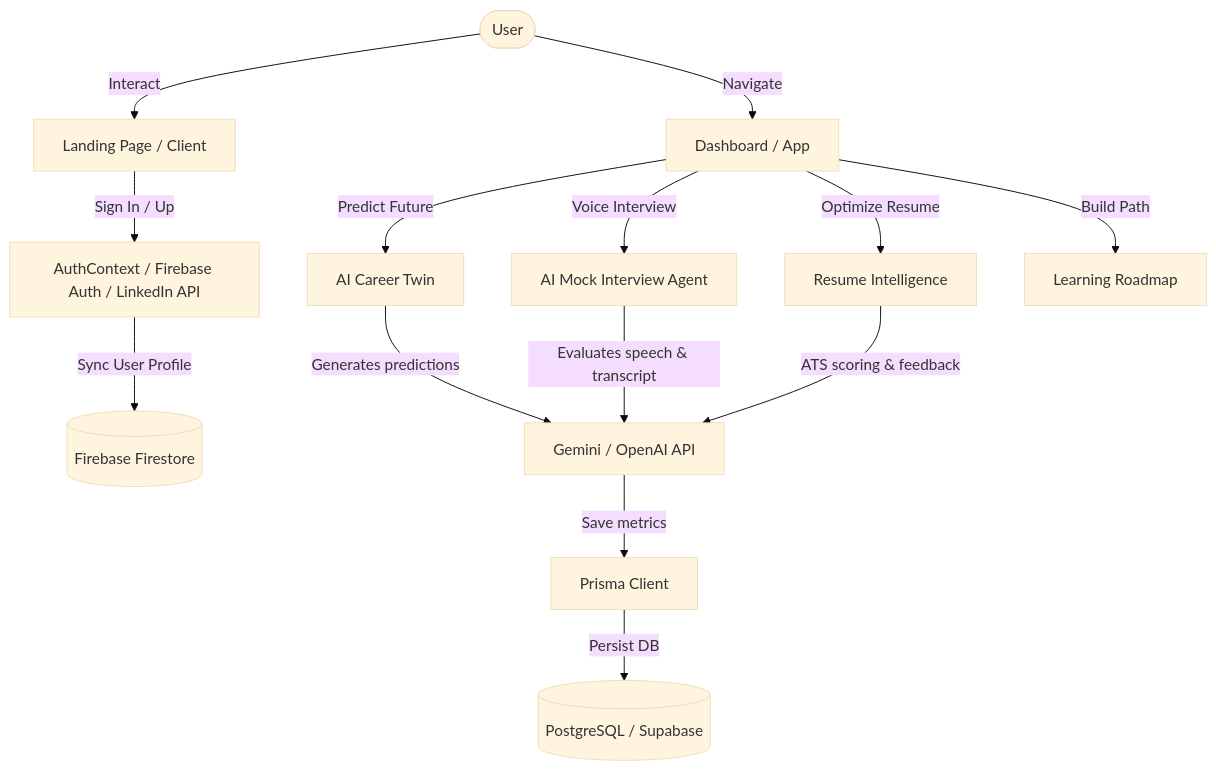
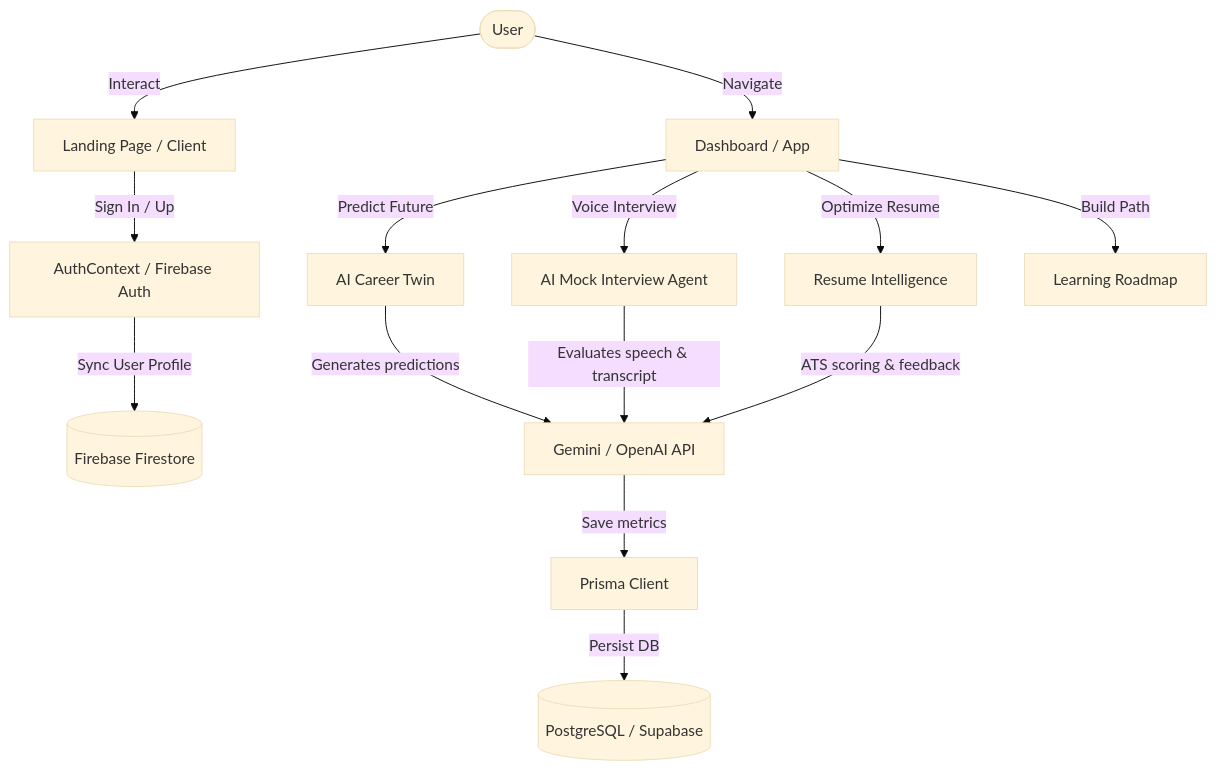
The diagram in README.md (h4rsh740/skillsprint), drawn with Mermaid (base theme) before and after one commit. The commit also changed other lines of this file, not shown here.

Commit message:
docs: update README with empirical benchmark results, transparency disclosures, and consolidated auth architecture

````diff
--- a/README.md
+++ b/README.md
@@ -76,19 +107,19 @@
 ```mermaid
 graph TD
     User([User]) -->|Interact| LandingPage[Landing Page / Client]
-    LandingPage -->|Sign In / Up| AuthContext[AuthContext / Firebase Auth / LinkedIn API]
+    LandingPage -->|Sign In / Up| AuthContext[AuthContext / Firebase Auth]
     AuthContext -->|Sync User Profile| Firestore[(Firebase Firestore)]
     User -->|Navigate| Dashboard[Dashboard / App]
     
     Dashboard -->|Predict Future| CareerTwin[AI Career Twin]
     Dashboard -->|Voice Interview| MockInterview[AI Mock Interview Agent]
     Dashboard -->|Optimize Resume| ResumeIntel[Resume Intelligence]
     Dashboard -->|Build Path| LearningRoadmap[Learning Roadmap]
     
     CareerTwin -->|Generates predictions| GeminiAI[Gemini / OpenAI API]
     MockInterview -->|Evaluates speech & transcript| GeminiAI
     ResumeIntel -->|ATS scoring & feedback| GeminiAI
     
     GeminiAI -->|Save metrics| PrismaClient[Prisma Client]
     PrismaClient -->|Persist DB| SupabaseDB[(PostgreSQL / Supabase)]
 ```
````
